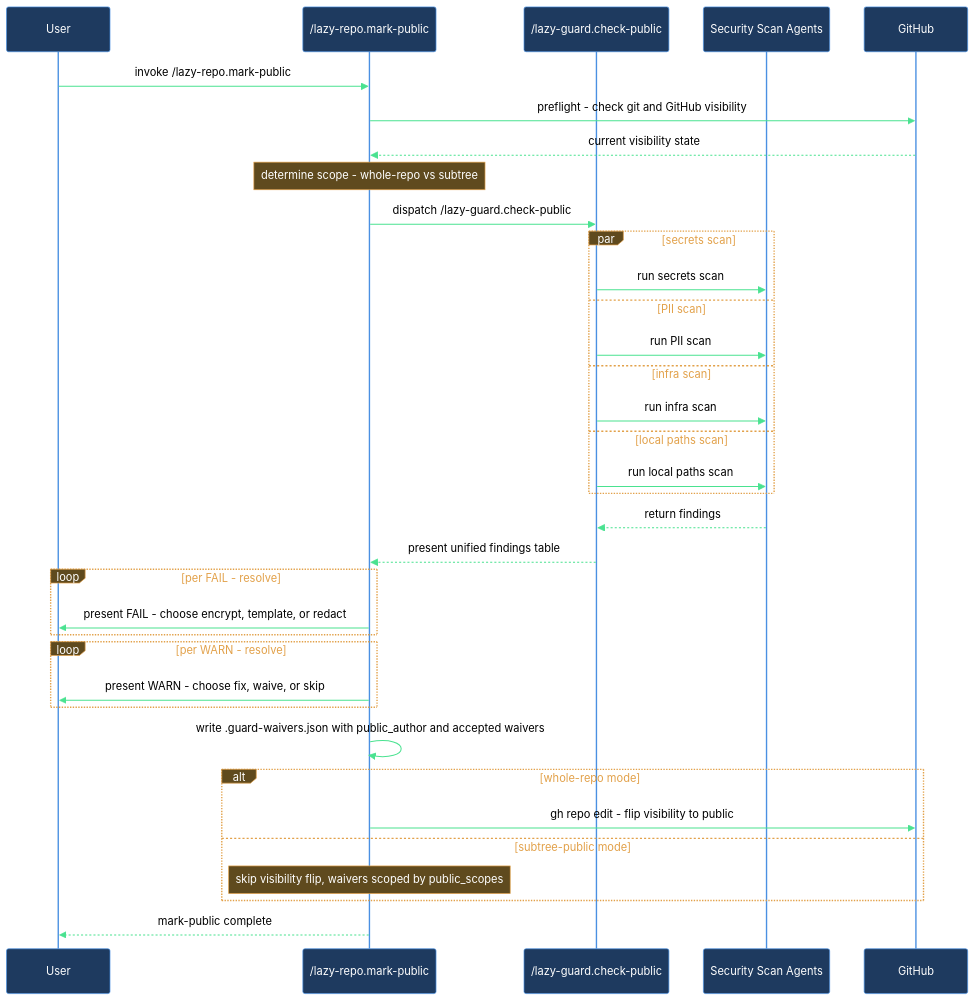
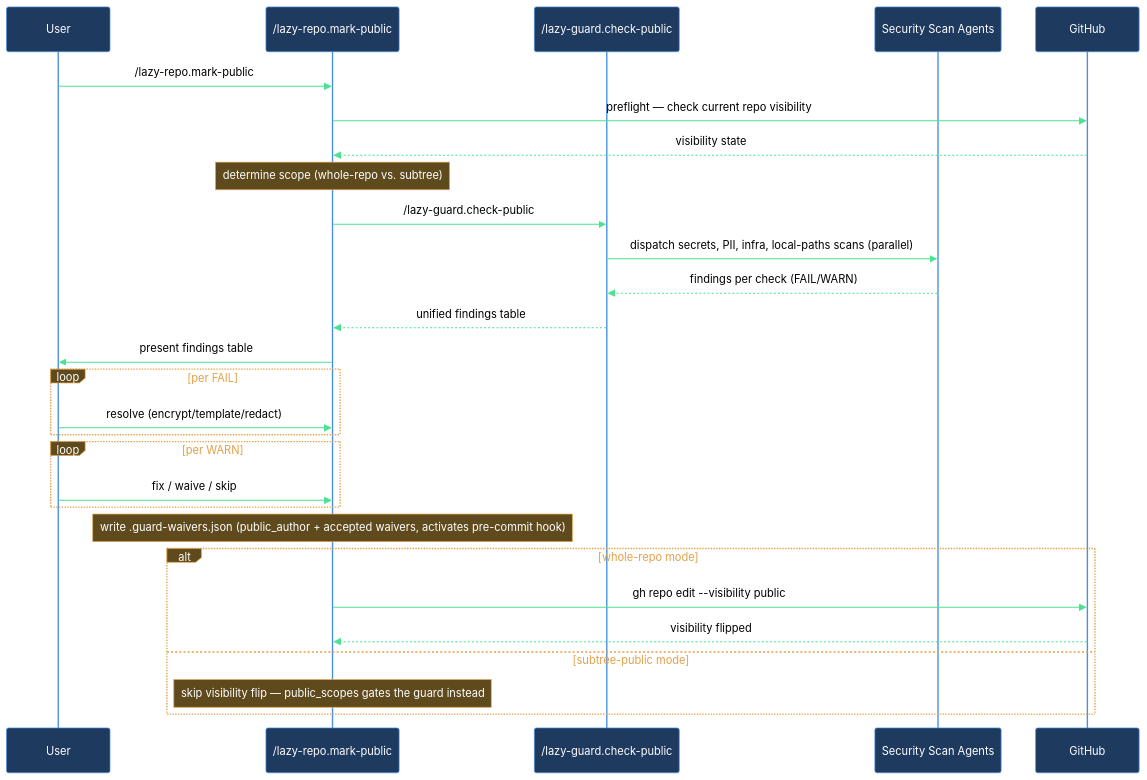
The diagram in claude/lazycortex-core/help/walkthroughs/make-repo-public.md (mebius-san/lazy-cortex), drawn with Mermaid before and after one commit. The commit also changed other lines of this file and 34 other files, not shown here.

````diff
--- a/claude/lazycortex-core/help/walkthroughs/make-repo-public.md
+++ b/claude/lazycortex-core/help/walkthroughs/make-repo-public.md
@@ -120,39 +120,32 @@
 ```mermaid
 %%{init: {'themeVariables':{'background':'transparent','primaryColor':'#1e3a5f','primaryBorderColor':'#4a90e2','primaryTextColor':'#fff','lineColor':'#4ae290','actorBkg':'#1e3a5f','actorBorder':'#4a90e2','actorTextColor':'#fff','actorLineColor':'#4a90e2','signalColor':'#4ae290','signalTextColor':'#000','noteBkgColor':'#5f4a1e','noteBorderColor':'#e2a14a','noteTextColor':'#fff','labelBoxBkgColor':'#5f4a1e','labelBoxBorderColor':'#e2a14a','labelTextColor':'#fff','loopTextColor':'#e2a14a'},'sequence':{'diagramPadding':5,'useMaxWidth':true}}}%%
 sequenceDiagram
   participant user as User
   participant markPublic as /lazy-repo.mark-public
   participant checkPublic as /lazy-guard.check-public
   participant scanAgents as Security Scan Agents
   participant github as GitHub
 
-  user->>markPublic: invoke /lazy-repo.mark-public
-  markPublic->>github: preflight - check git and GitHub visibility
-  github-->>markPublic: current visibility state
-  Note over markPublic: determine scope - whole-repo vs subtree
-  markPublic->>checkPublic: dispatch /lazy-guard.check-public
-  par secrets scan
-    checkPublic->>scanAgents: run secrets scan
-  and PII scan
-    checkPublic->>scanAgents: run PII scan
-  and infra scan
-    checkPublic->>scanAgents: run infra scan
-  and local paths scan
-    checkPublic->>scanAgents: run local paths scan
+  user->>markPublic: /lazy-repo.mark-public
+  markPublic->>github: preflight — check current repo visibility
+  github-->>markPublic: visibility state
+  Note over markPublic: determine scope (whole-repo vs. subtree)
+  markPublic->>checkPublic: /lazy-guard.check-public
+  checkPublic->>scanAgents: dispatch secrets, PII, infra, local-paths scans (parallel)
+  scanAgents-->>checkPublic: findings per check (FAIL/WARN)
+  checkPublic-->>markPublic: unified findings table
+  markPublic->>user: present findings table
+  loop per FAIL
+    user->>markPublic: resolve (encrypt/template/redact)
   end
-  scanAgents-->>checkPublic: return findings
-  checkPublic-->>markPublic: present unified findings table
-  loop per FAIL - resolve
-    markPublic->>user: present FAIL - choose encrypt, template, or redact
+  loop per WARN
+    user->>markPublic: fix / waive / skip
   end
-  loop per WARN - resolve
-    markPublic->>user: present WARN - choose fix, waive, or skip
+  Note over markPublic: write .guard-waivers.json (public_author + accepted waivers, activates pre-commit hook)
+  alt whole-repo mode
+    markPublic->>github: gh repo edit --visibility public
+    github-->>markPublic: visibility flipped
+  else subtree-public mode
+    Note over markPublic: skip visibility flip — public_scopes gates the guard instead
   end
-  markPublic->>markPublic: write .guard-waivers.json with public_author and accepted waivers
-  alt whole-repo mode
-    markPublic->>github: gh repo edit - flip visibility to public
-  else subtree-public mode
-    Note over markPublic: skip visibility flip, waivers scoped by public_scopes
-  end
-  markPublic-->>user: mark-public complete
 ```
````
